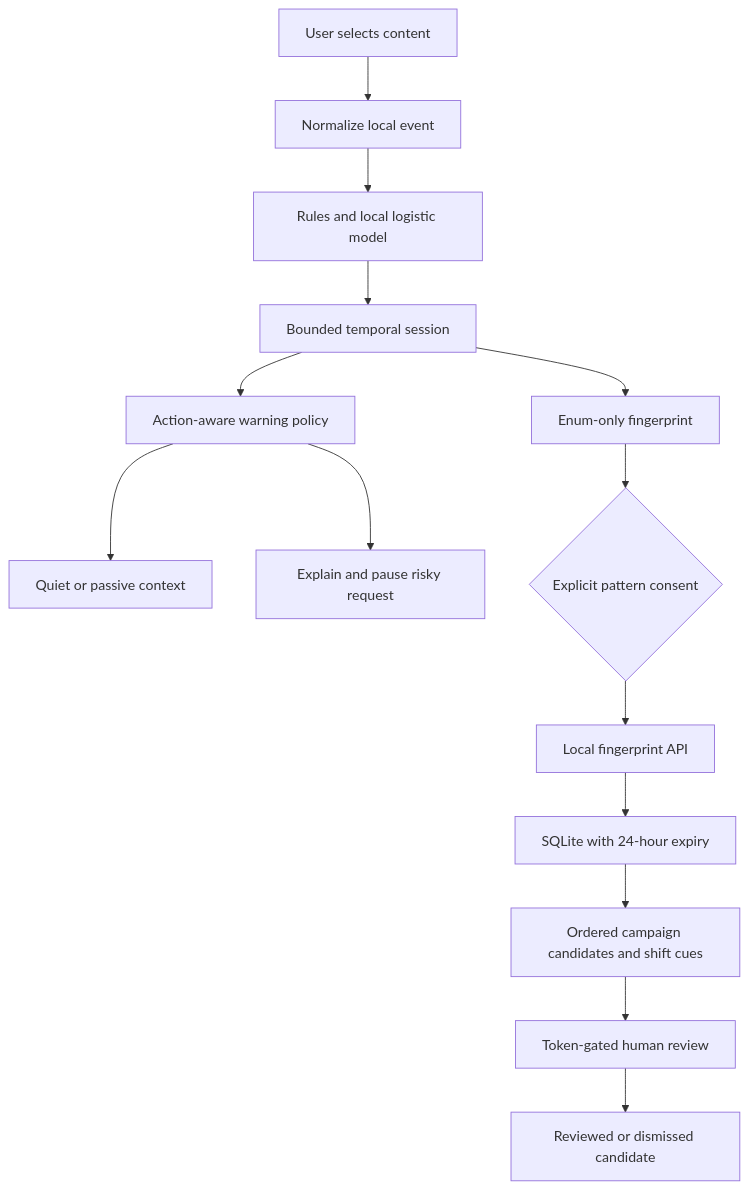
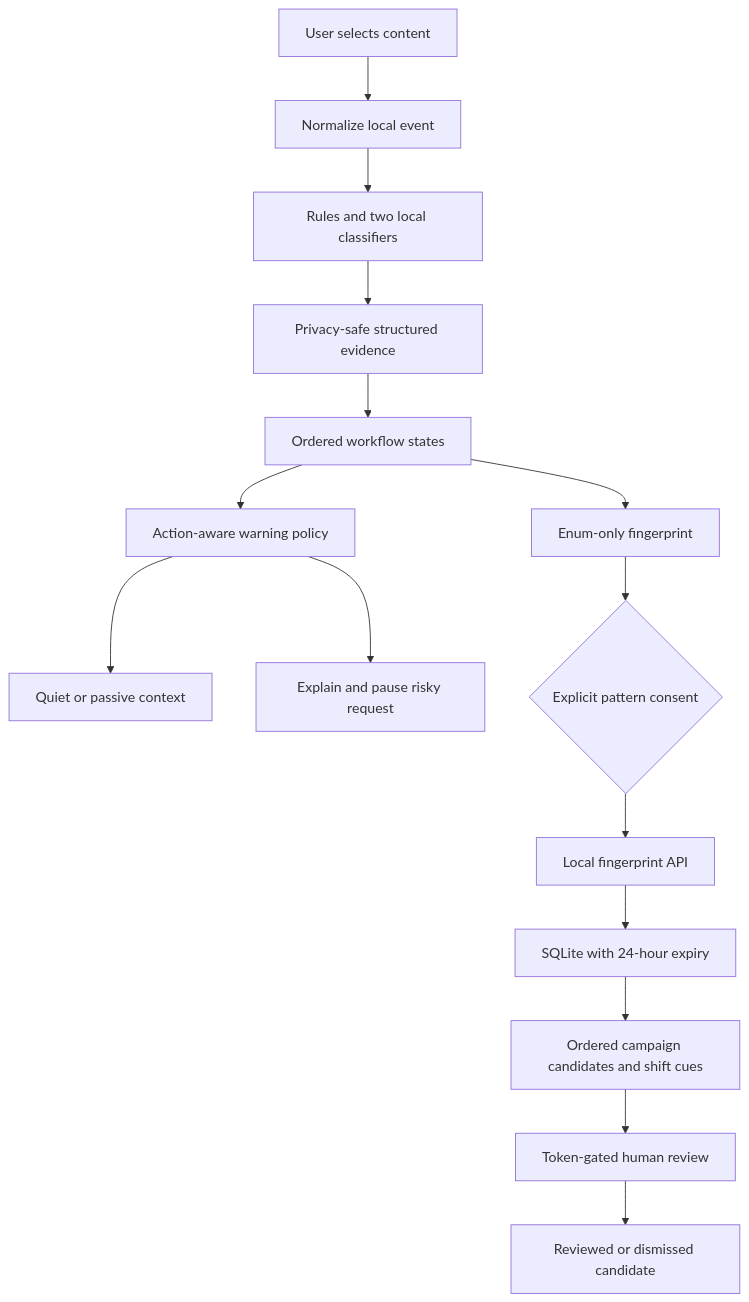
The diagram in docs/ARCHITECTURE.md (1shu1iwari-crypto/AI-Protect), drawn with Mermaid before and after one commit. The commit also changed other lines of this file and 50 other files, not shown here.

Commit message:
feat: v0.4 release with structured local evidence, multilingual concepts, and hardening

````diff
--- a/docs/ARCHITECTURE.md
+++ b/docs/ARCHITECTURE.md
@@ -5,16 +5,17 @@
 ```mermaid
 flowchart TD
   U[User selects content] --> N[Normalize local event]
-  N --> R[Rules and local logistic model]
-  R --> S[Bounded temporal session]
+  N --> R[Rules and two local classifiers]
+  R --> E[Privacy-safe structured evidence]
+  E --> S[Ordered workflow states]
   S --> A[Action-aware warning policy]
   A --> Q[Quiet or passive context]
   A --> W[Explain and pause risky request]
   S --> F[Enum-only fingerprint]
   F --> C{Explicit pattern consent}
   C --> API[Local fingerprint API]
   API --> DB[SQLite with 24-hour expiry]
   DB --> CL[Ordered campaign candidates and shift cues]
   CL --> H[Token-gated human review]
   H --> D[Reviewed or dismissed candidate]
 ```
````
